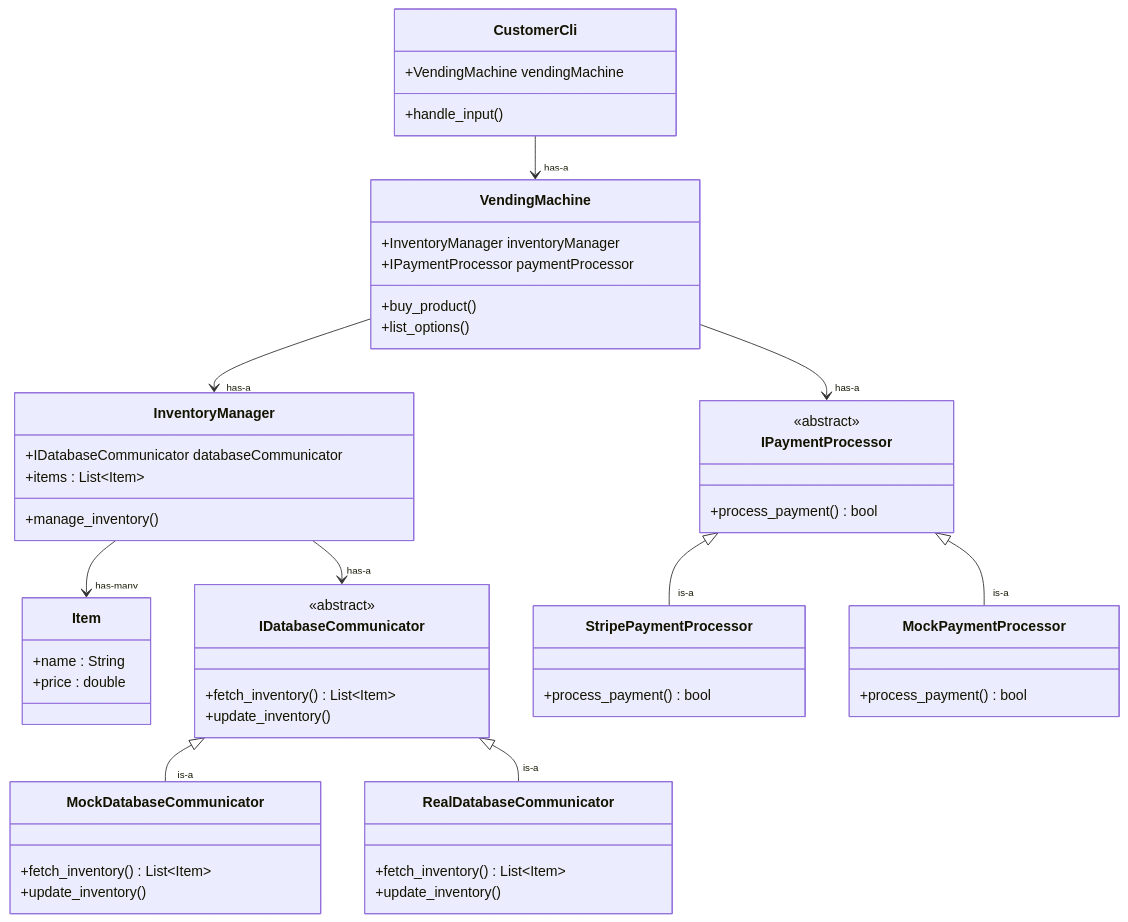
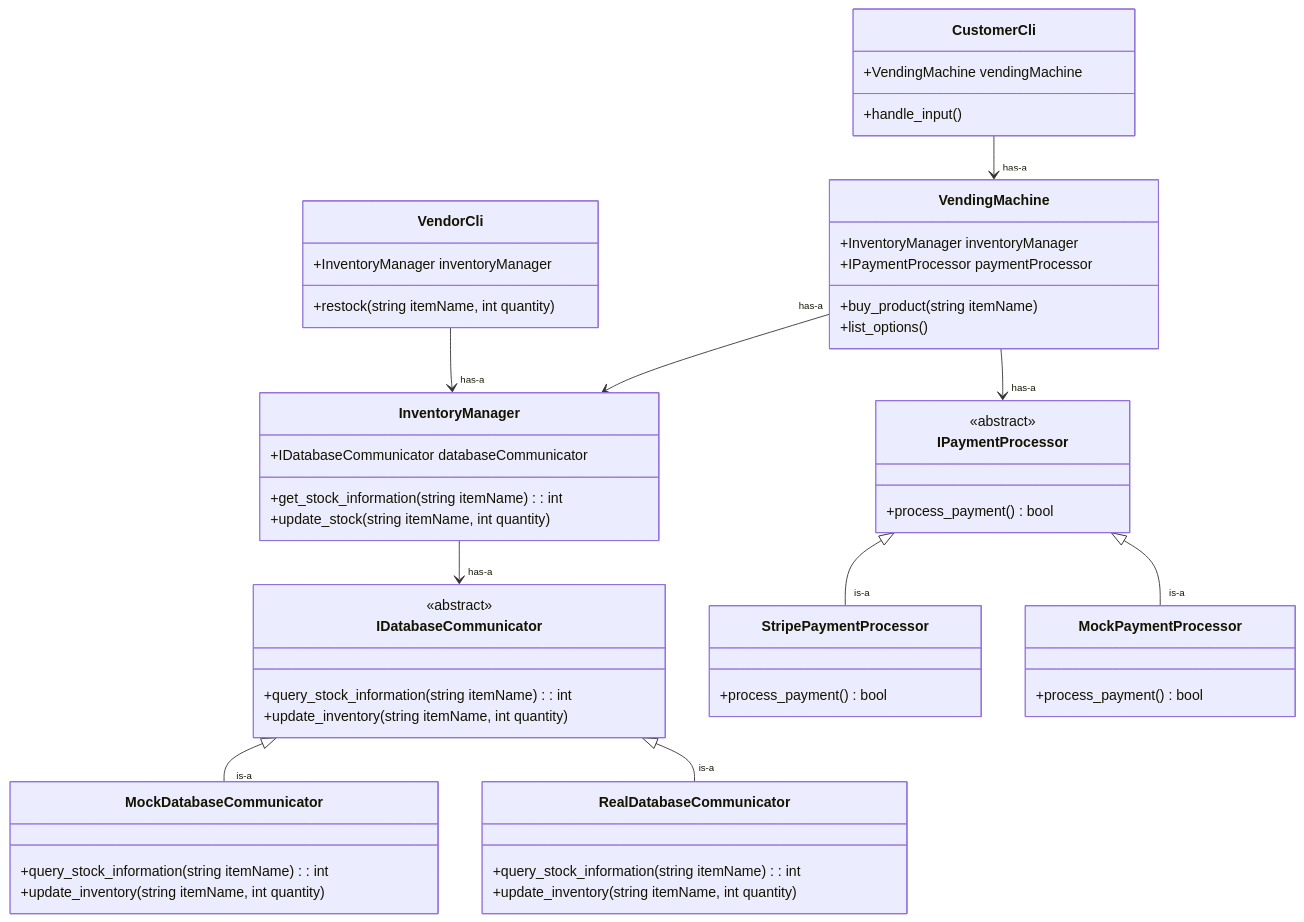
The diagram in docs/architecture.md (MrPotato53/Vending-Machine), drawn with Mermaid before and after one commit. The commit also changed other lines of this file, not shown here.

Commit message:
remove Item class from architecture and added means to restock for now

````diff
--- a/docs/architecture.md
+++ b/docs/architecture.md
@@ -31,64 +31,64 @@
 ```mermaid
 classDiagram
     class VendingMachine {
         +InventoryManager inventoryManager
         +IPaymentProcessor paymentProcessor
-        +buy_product()
+        +buy_product(string itemName)
         +list_options()
     }
 
     class InventoryManager {
         +IDatabaseCommunicator databaseCommunicator
-        +items : List~Item~
-        +manage_inventory()
-    }
-
-    class Item {
-        +name : String
-        +price : double
+        +get_stock_information(string itemName) : int
+        +update_stock(string itemName, int quantity)
     }
 
     class IDatabaseCommunicator {
         <<abstract>>
-        +fetch_inventory() List~Item~
-        +update_inventory()
+        +query_stock_information(string itemName) : int
+        +update_inventory(string itemName, int quantity)
     }
 
     class MockDatabaseCommunicator {
-        +fetch_inventory() List~Item~
-        +update_inventory()
+        +query_stock_information(string itemName) : int
+        +update_inventory(string itemName, int quantity)
     }
 
     class RealDatabaseCommunicator {
-        +fetch_inventory() List~Item~
-        +update_inventory()
+        +query_stock_information(string itemName) : int
+        +update_inventory(string itemName, int quantity)
     }
 
     class CustomerCli {
         +VendingMachine vendingMachine
         +handle_input()
+    }
+
+    class VendorCli {
+        +InventoryManager inventoryManager
+        +restock(string itemName, int quantity)
     }
 
     class IPaymentProcessor {
         <<abstract>>
         +process_payment() bool
     }
 
     class StripePaymentProcessor {
         +process_payment() bool
     }
 
     class MockPaymentProcessor {
         +process_payment() bool
     }
 
-    VendingMachine --> "has-a" InventoryManager
+    VendingMachine "has-a" --> InventoryManager
+    VendorCli --> "has-a" InventoryManager
     InventoryManager --> "has-a" IDatabaseCommunicator
-    InventoryManager --> "has-many" Item
     IDatabaseCommunicator <|-- "is-a" MockDatabaseCommunicator
     IDatabaseCommunicator <|-- "is-a" RealDatabaseCommunicator
     VendingMachine --> "has-a" IPaymentProcessor
     IPaymentProcessor <|-- "is-a" StripePaymentProcessor
     IPaymentProcessor <|-- "is-a" MockPaymentProcessor
     CustomerCli --> "has-a" VendingMachine
 ```
````
